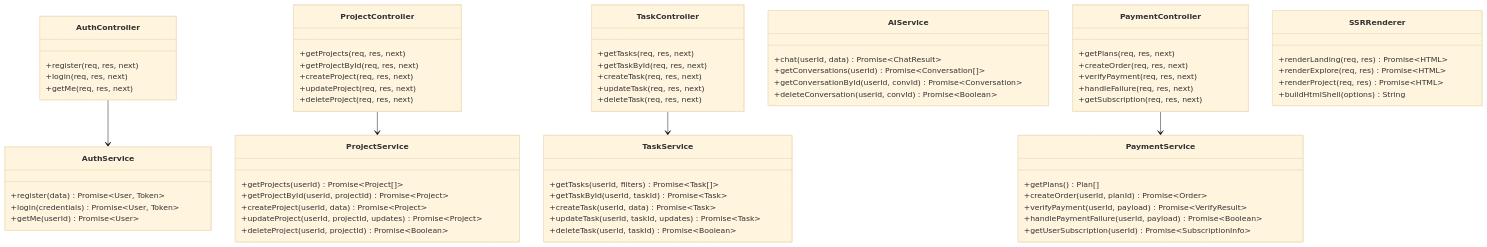
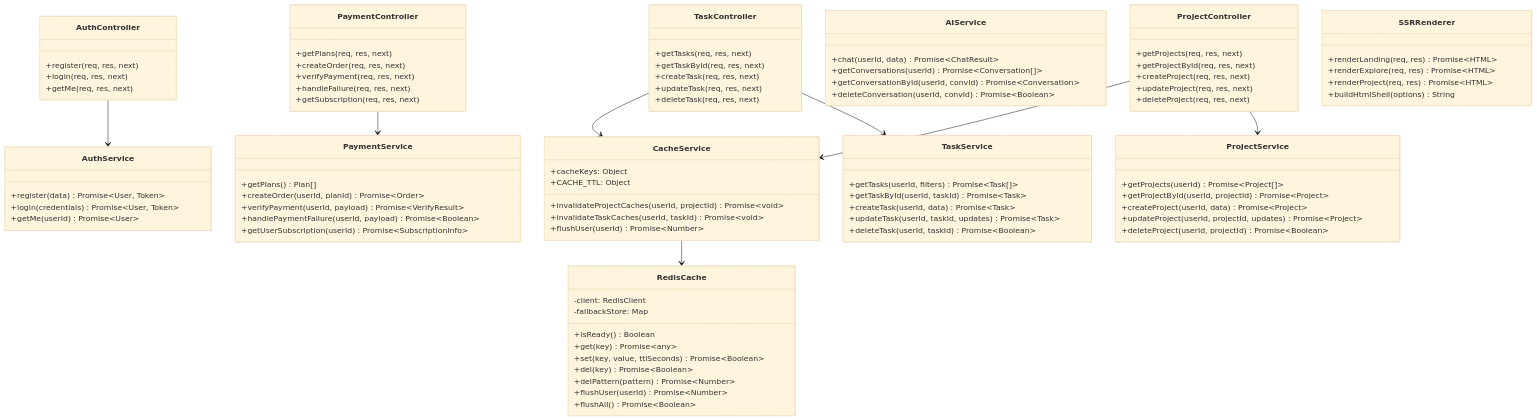
Before and after one commit to Avenash005/Dev-Track: the first of 3 diagrams in LLD.md, drawn with Mermaid (base theme). The commit also changed other lines of this file and 21 other files, not shown here.

Commit message:
feat: implement Redis in-memory caching with Cache-Aside pattern, cascade invalidation, and Docker integration

````diff
--- a/LLD.md
+++ b/LLD.md
@@ -86,8 +86,31 @@
         +buildHtmlShell(options) String
     }
 
+    class RedisCache {
+        -client: RedisClient
+        -fallbackStore: Map
+        +isReady() Boolean
+        +get(key) Promise~any~
+        +set(key, value, ttlSeconds) Promise~Boolean~
+        +del(key) Promise~Boolean~
+        +delPattern(pattern) Promise~Number~
+        +flushUser(userId) Promise~Number~
+        +flushAll() Promise~Boolean~
+    }
+
+    class CacheService {
+        +cacheKeys: Object
+        +CACHE_TTL: Object
+        +invalidateProjectCaches(userId, projectId) Promise~void~
+        +invalidateTaskCaches(userId, taskId) Promise~void~
+        +flushUser(userId) Promise~Number~
+    }
+
     AuthController --> AuthService
     ProjectController --> ProjectService
+    ProjectController --> CacheService
     TaskController --> TaskService
+    TaskController --> CacheService
     PaymentController --> PaymentService
+    CacheService --> RedisCache
 ```
````
